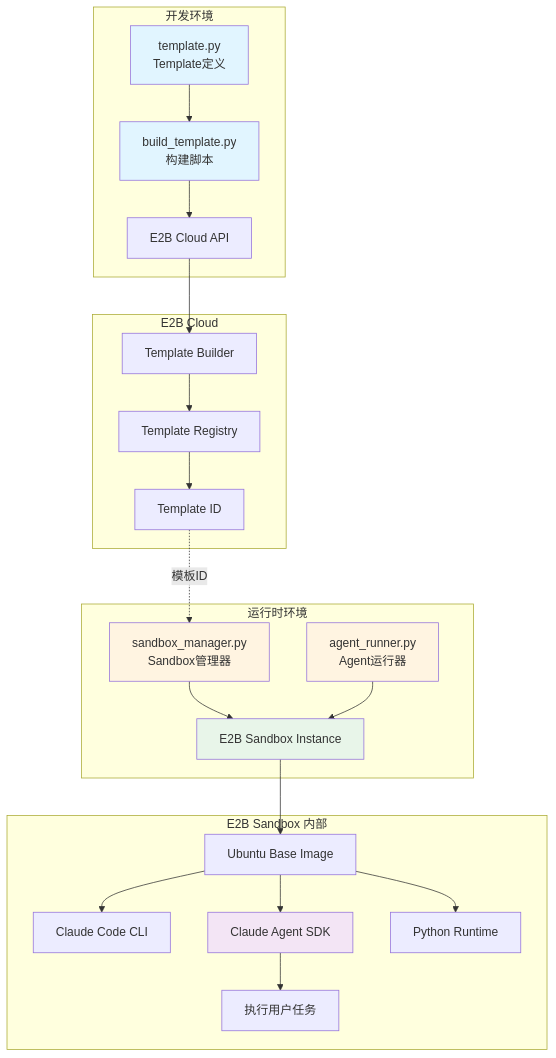
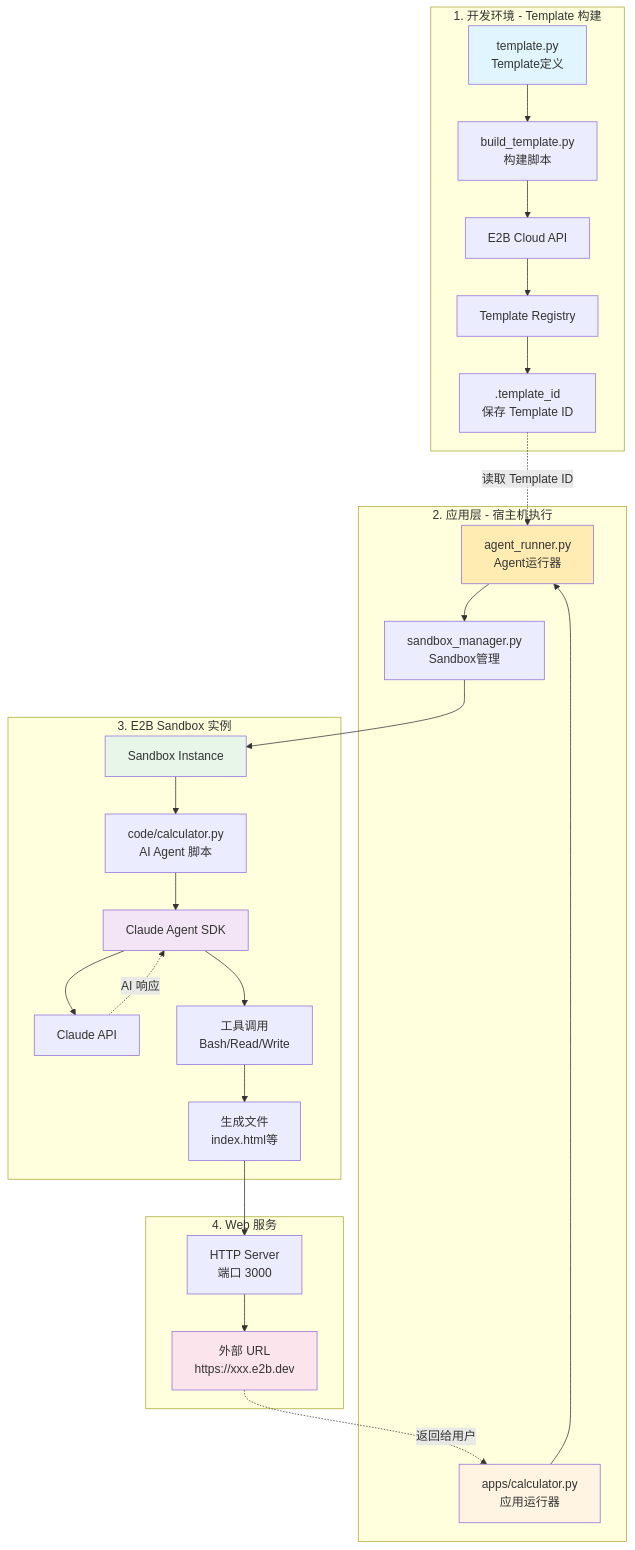
The first of 5 diagrams in examples/demo/e2b_project/docs/01-architecture.md (xiaodong528/claude-agent-sdk-python), drawn with Mermaid before and after one commit. The commit also changed other lines of this file and 9 other files, not shown here.

First line of the commit message:
feat: enhance E2B project with Web service integration for calculator app

````diff
--- a/examples/demo/e2b_project/docs/01-architecture.md
+++ b/examples/demo/e2b_project/docs/01-architecture.md
@@ -11,34 +33,39 @@
 ```mermaid
 graph TB
-    subgraph "开发环境"
+    subgraph "1. 开发环境 - Template 构建"
         A[template.py<br/>Template定义] --> B[build_template.py<br/>构建脚本]
         B --> C[E2B Cloud API]
+        C --> D[Template Registry]
+        D --> E[.template_id<br/>保存 Template ID]
     end
 
-    subgraph "E2B Cloud"
-        C --> D[Template Builder]
-        D --> E[Template Registry]
-        E --> F[Template ID]
+    subgraph "2. 应用层 - 宿主机执行"
+        F[apps/calculator.py<br/>应用运行器] --> G[agent_runner.py<br/>Agent运行器]
+        G --> H[sandbox_manager.py<br/>Sandbox管理]
     end
 
-    subgraph "运行时环境"
-        G[sandbox_manager.py<br/>Sandbox管理器] --> H[E2B Sandbox Instance]
-        F -.模板ID.-> G
-        I[agent_runner.py<br/>Agent运行器] --> H
+    subgraph "3. E2B Sandbox 实例"
+        H --> I[Sandbox Instance]
+        I --> J[code/calculator.py<br/>AI Agent 脚本]
+        J --> K[Claude Agent SDK]
+        K --> L[Claude API]
+        K --> M[工具调用<br/>Bash/Read/Write]
+        M --> N[生成文件<br/>index.html等]
     end
 
-    subgraph "E2B Sandbox 内部"
-        H --> J[Ubuntu Base Image]
-        J --> K[Claude Code CLI]
-        J --> L[Claude Agent SDK]
-        J --> M[Python Runtime]
-        L --> N[执行用户任务]
+    subgraph "4. Web 服务"
+        N --> O[HTTP Server<br/>端口 3000]
+        O --> P[外部 URL<br/>https://xxx.e2b.dev]
     end
 
+    E -.读取 Template ID.-> G
+    L -.AI 响应.-> K
+    P -.返回给用户.-> F
+
     style A fill:#e1f5ff
-    style B fill:#e1f5ff
-    style G fill:#fff4e1
-    style I fill:#fff4e1
-    style H fill:#e8f5e9
-    style L fill:#f3e5f5
+    style F fill:#fff4e1
+    style G fill:#ffecb3
+    style I fill:#e8f5e9
+    style K fill:#f3e5f5
+    style P fill:#fce4ec
 ```
````
